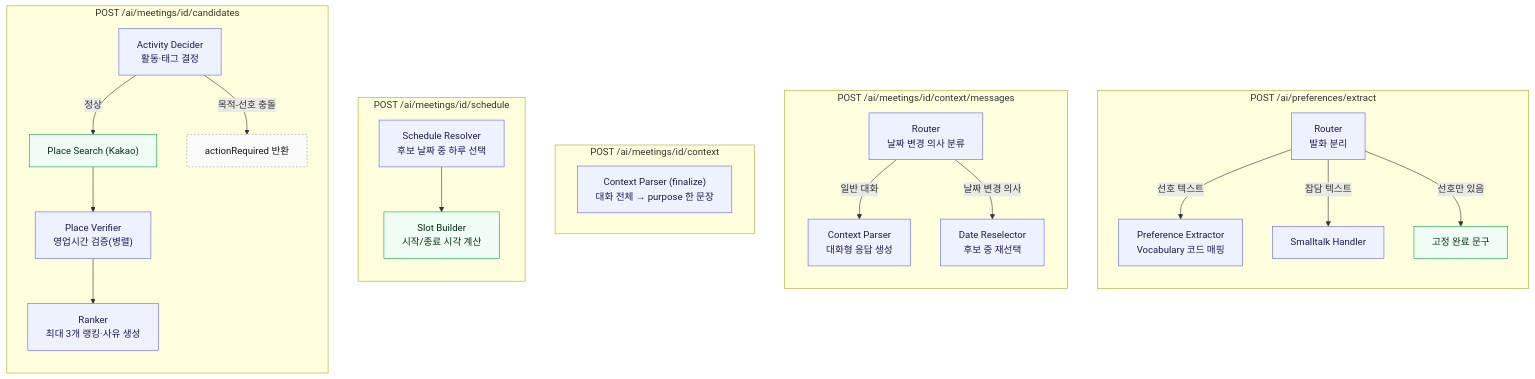
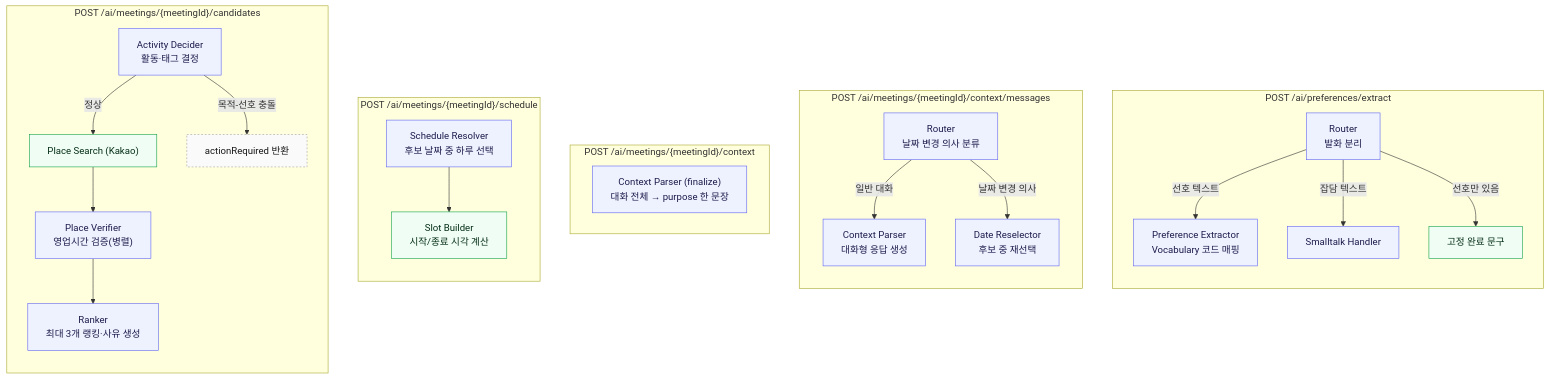
The third of 3 diagrams in README.md (damoyeo-team20/damoyeo-AI), drawn with Mermaid before and after one commit. The commit also changed other lines of this file and 1 other file, not shown here.

````diff
--- a/README.md
+++ b/README.md
@@ -65,39 +88,39 @@
 ```mermaid
 flowchart TD
     classDef llm fill:#eef2ff,stroke:#6366f1,color:#1e1b4b
     classDef code fill:#f0fdf4,stroke:#16a34a,color:#052e16
     classDef io fill:#fafafa,stroke:#a3a3a3,color:#171717,stroke-dasharray: 3 3
 
     subgraph EP1["POST /ai/preferences/extract"]
         direction TB
         A1["Router\n발화 분리"]:::llm
         A1 -->|선호 텍스트| A2["Preference Extractor\nVocabulary 코드 매핑"]:::llm
         A1 -->|잡담 텍스트| A3["Smalltalk Handler"]:::llm
         A1 -->|선호만 있음| A4["고정 완료 문구"]:::code
     end
 
-    subgraph EP2["POST /ai/meetings/id/context/messages"]
+    subgraph EP2["POST /ai/meetings/{meetingId}/context/messages"]
         direction TB
         B1["Router\n날짜 변경 의사 분류"]:::llm
         B1 -->|일반 대화| B2["Context Parser\n대화형 응답 생성"]:::llm
         B1 -->|날짜 변경 의사| B3["Date Reselector\n후보 중 재선택"]:::llm
     end
 
-    subgraph EP3["POST /ai/meetings/id/context"]
+    subgraph EP3["POST /ai/meetings/{meetingId}/context"]
         C1["Context Parser (finalize)\n대화 전체 → purpose 한 문장"]:::llm
     end
 
-    subgraph EP4["POST /ai/meetings/id/schedule"]
+    subgraph EP4["POST /ai/meetings/{meetingId}/schedule"]
         direction TB
         D1["Schedule Resolver\n후보 날짜 중 하루 선택"]:::llm --> D2["Slot Builder\n시작/종료 시각 계산"]:::code
     end
 
-    subgraph EP5["POST /ai/meetings/id/candidates"]
+    subgraph EP5["POST /ai/meetings/{meetingId}/candidates"]
         direction TB
         E1["Activity Decider\n활동·태그 결정"]:::llm
         E1 -->|정상| E2["Place Search (Kakao)"]:::code
         E1 -->|목적-선호 충돌| E5["actionRequired 반환"]:::io
         E2 --> E3["Place Verifier\n영업시간 검증(병렬)"]:::llm
         E3 --> E4["Ranker\n최대 3개 랭킹·사유 생성"]:::llm
     end
 ```
````
